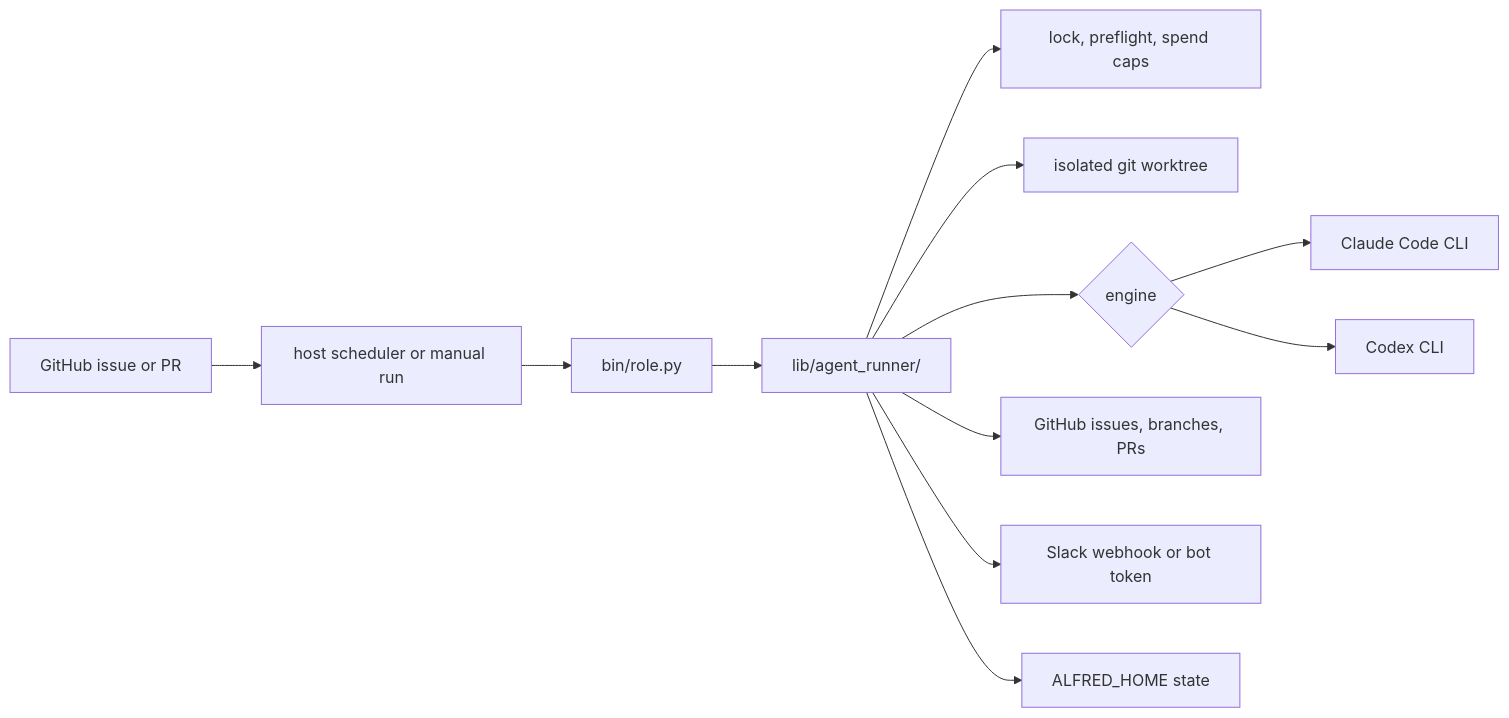
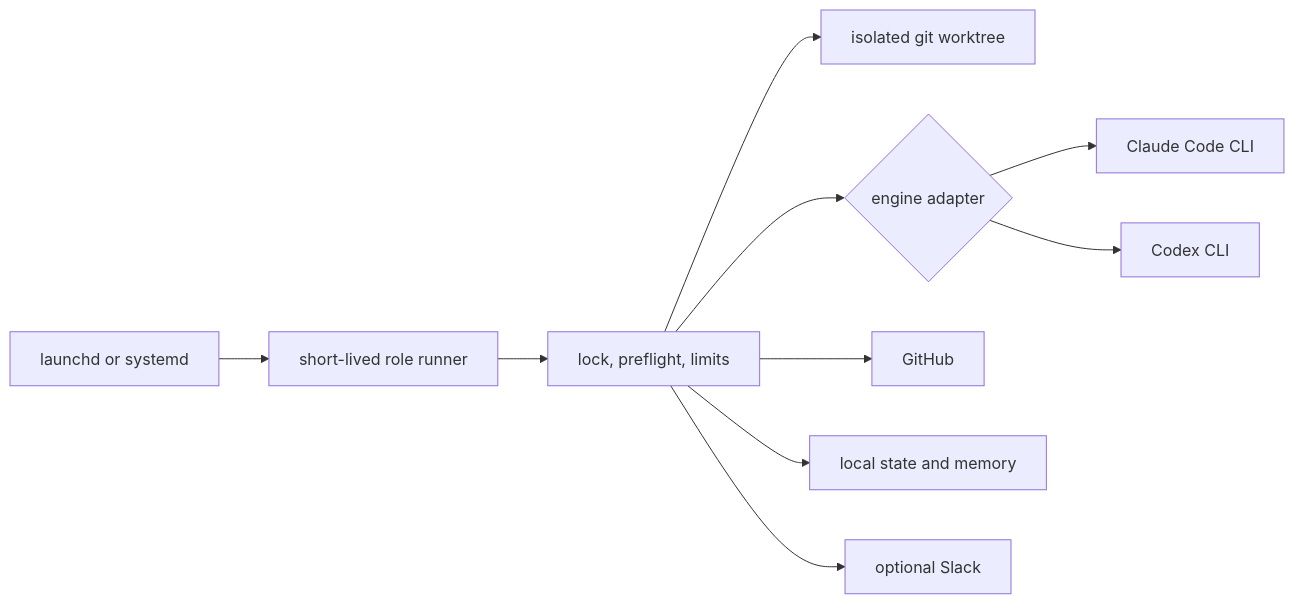
Before and after one commit to luminik-io/alfred: the second of 2 diagrams in README.md, drawn with Mermaid. The commit also changed other lines of this file and 80 other files, not shown here.

````diff
--- a/README.md
+++ b/README.md
@@ -438,14 +238,12 @@
 ```mermaid
 flowchart LR
-    issue["GitHub issue or PR"] --> schedule["host scheduler or manual run"]
-    schedule --> runner["bin/role.py"]
-    runner --> shared["lib/agent_runner/"]
-    shared --> lock["lock, preflight, spend caps"]
-    shared --> worktree["isolated git worktree"]
-    shared --> engine{"engine"}
+    scheduler["launchd or systemd"] --> role["short-lived role runner"]
+    role --> controls["lock, preflight, limits"]
+    controls --> worktree["isolated git worktree"]
+    controls --> engine{"engine adapter"}
     engine --> claude["Claude Code CLI"]
     engine --> codex["Codex CLI"]
-    shared --> github["GitHub issues, branches, PRs"]
-    shared --> slack["Slack webhook or bot token"]
-    shared --> state["ALFRED_HOME state"]
+    controls --> github["GitHub"]
+    controls --> state["local state and memory"]
+    controls --> slack["optional Slack"]
 ```
````
